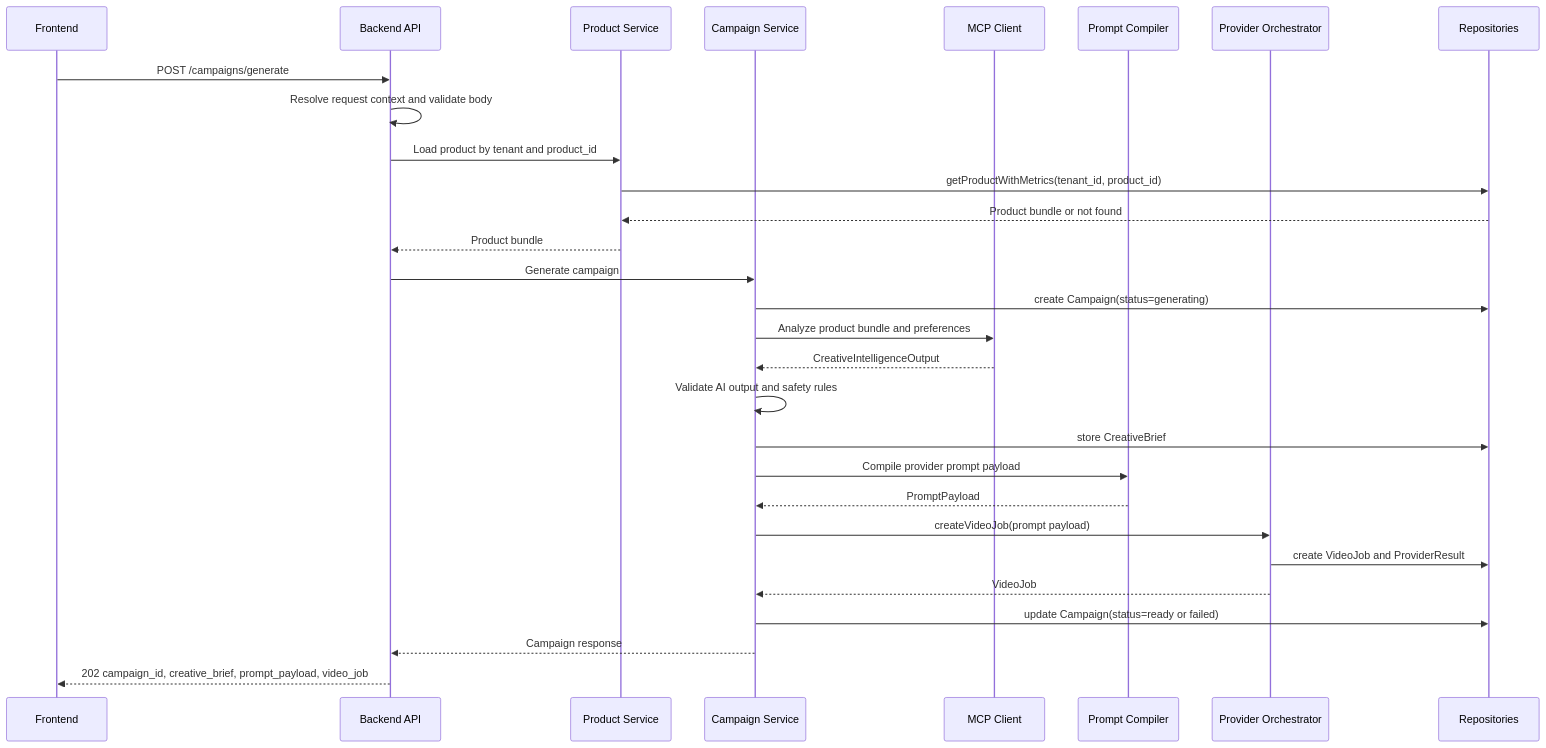
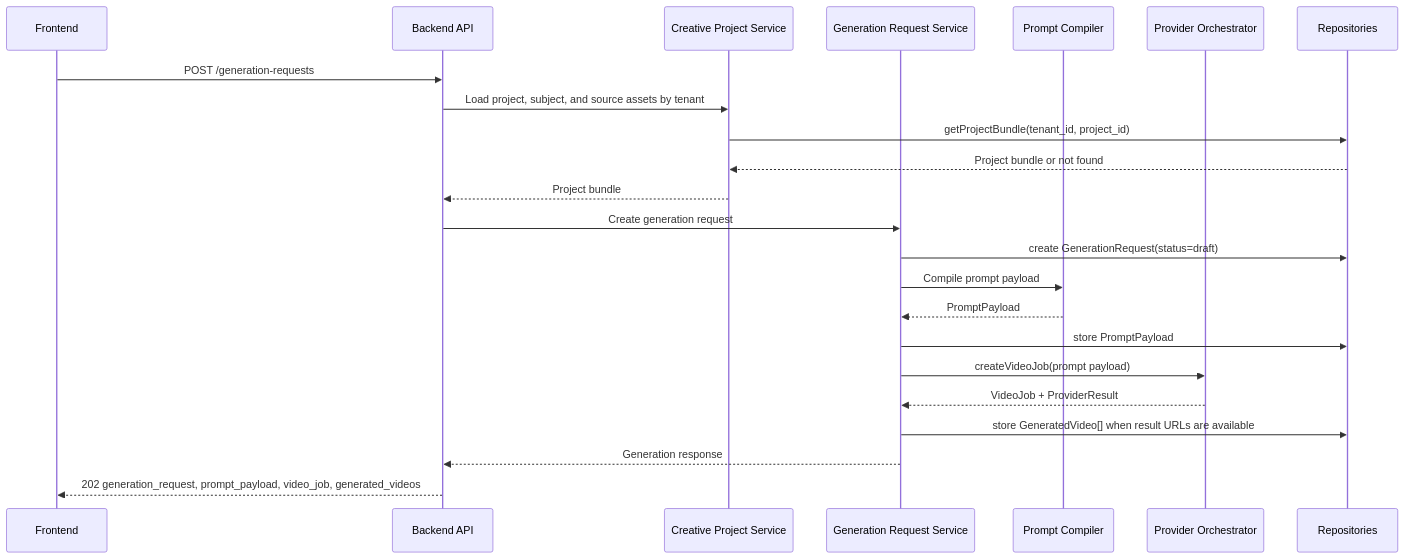
The diagram in docs/backend/backend-system-plan.md (M1ralai/Kastonom), drawn with Mermaid before and after one commit. The commit also changed other lines of this file and 26 other files, not shown here.

````diff
--- a/docs/backend/backend-system-plan.md
+++ b/docs/backend/backend-system-plan.md
@@ -310,32 +363,26 @@
 ```mermaid
 sequenceDiagram
   participant FE as Frontend
   participant API as Backend API
-  participant Product as Product Service
-  participant Campaign as Campaign Service
-  participant MCP as MCP Client
+  participant Project as Creative Project Service
+  participant Gen as Generation Request Service
   participant Compiler as Prompt Compiler
   participant Provider as Provider Orchestrator
   participant Repo as Repositories
 
-  FE->>API: POST /campaigns/generate
-  API->>API: Resolve request context and validate body
-  API->>Product: Load product by tenant and product_id
-  Product->>Repo: getProductWithMetrics(tenant_id, product_id)
-  Repo-->>Product: Product bundle or not found
-  Product-->>API: Product bundle
-  API->>Campaign: Generate campaign
-  Campaign->>Repo: create Campaign(status=generating)
-  Campaign->>MCP: Analyze product bundle and preferences
-  MCP-->>Campaign: CreativeIntelligenceOutput
-  Campaign->>Campaign: Validate AI output and safety rules
-  Campaign->>Repo: store CreativeBrief
-  Campaign->>Compiler: Compile provider prompt payload
-  Compiler-->>Campaign: PromptPayload
-  Campaign->>Provider: createVideoJob(prompt payload)
-  Provider->>Repo: create VideoJob and ProviderResult
-  Provider-->>Campaign: VideoJob
-  Campaign->>Repo: update Campaign(status=ready or failed)
-  Campaign-->>API: Campaign response
-  API-->>FE: 202 campaign_id, creative_brief, prompt_payload, video_job
+  FE->>API: POST /generation-requests
+  API->>Project: Load project, subject, and source assets by tenant
+  Project->>Repo: getProjectBundle(tenant_id, project_id)
+  Repo-->>Project: Project bundle or not found
+  Project-->>API: Project bundle
+  API->>Gen: Create generation request
+  Gen->>Repo: create GenerationRequest(status=draft)
+  Gen->>Compiler: Compile prompt payload
+  Compiler-->>Gen: PromptPayload
+  Gen->>Repo: store PromptPayload
+  Gen->>Provider: createVideoJob(prompt payload)
+  Provider-->>Gen: VideoJob + ProviderResult
+  Gen->>Repo: store GeneratedVideo[] when result URLs are available
+  Gen-->>API: Generation response
+  API-->>FE: 202 generation_request, prompt_payload, video_job, generated_videos
 ```
````
